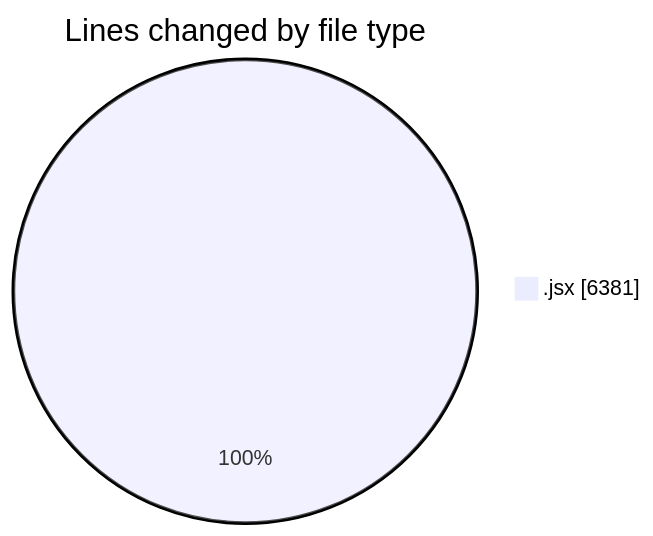
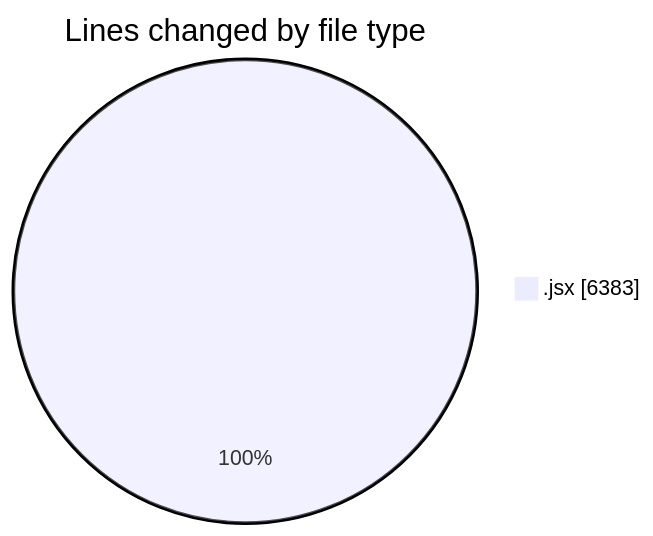
One commit to nxtqubesakshisongat/code-tracking changed the first of 2 diagrams in 2025-05-05/nxtqube_webapp/README.md. Above: the diagram before and after it, drawn with Mermaid. The commit also changed other lines of this file and 1 other file, not shown here.

````diff
--- a/2025-05-05/nxtqube_webapp/README.md
+++ b/2025-05-05/nxtqube_webapp/README.md
@@ -24,5 +24,5 @@
 ```mermaid
 pie showData
 title Lines changed by file type
-".jsx" : 6381
+".jsx" : 6383
 ```
````
